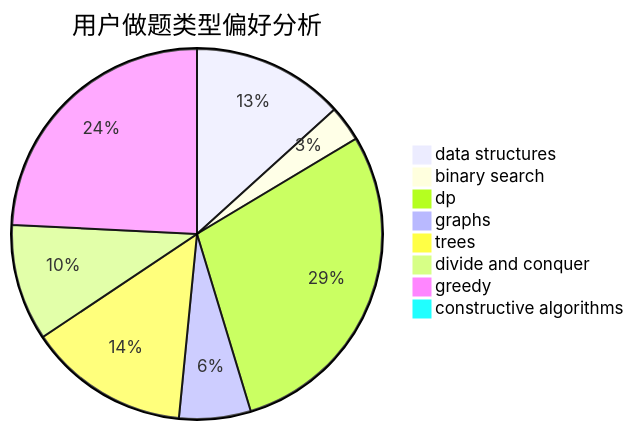
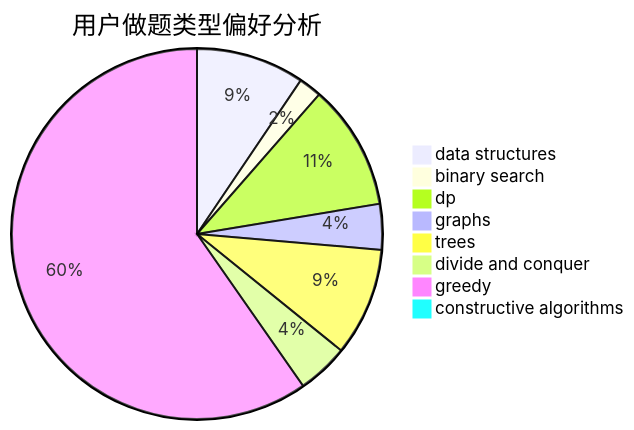
One commit to sherpahu/cfrs.github.io changed the second of 3 diagrams in docs/user/u2747.md. Above: the diagram before and after it, drawn with Mermaid. The commit also changed other lines of this file and 2770 other files, not shown here.

````diff
--- a/docs/user/u2747.md
+++ b/docs/user/u2747.md
@@ -23,11 +23,11 @@
 ```mermaid
 pie title 用户做题类型偏好分析
-    "data structures" :  17
+    "data structures" :  19
     "binary search" :  4
-    "dp" :  37
+    "dp" :  22
     "graphs" :  8
-    "trees" :  18
-    "divide and conquer" :  13
-    "greedy" :  31
+    "trees" :  19
+    "divide and conquer" :  9
+    "greedy" :  120
     "constructive algorithms" :  0
 ```
````
